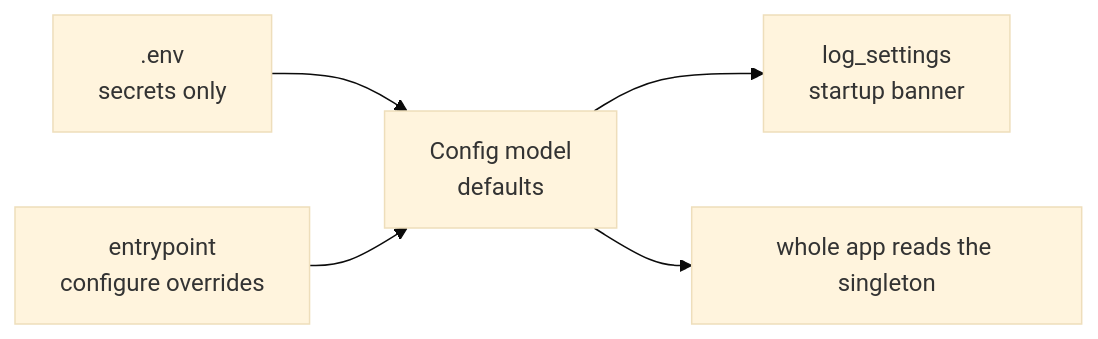
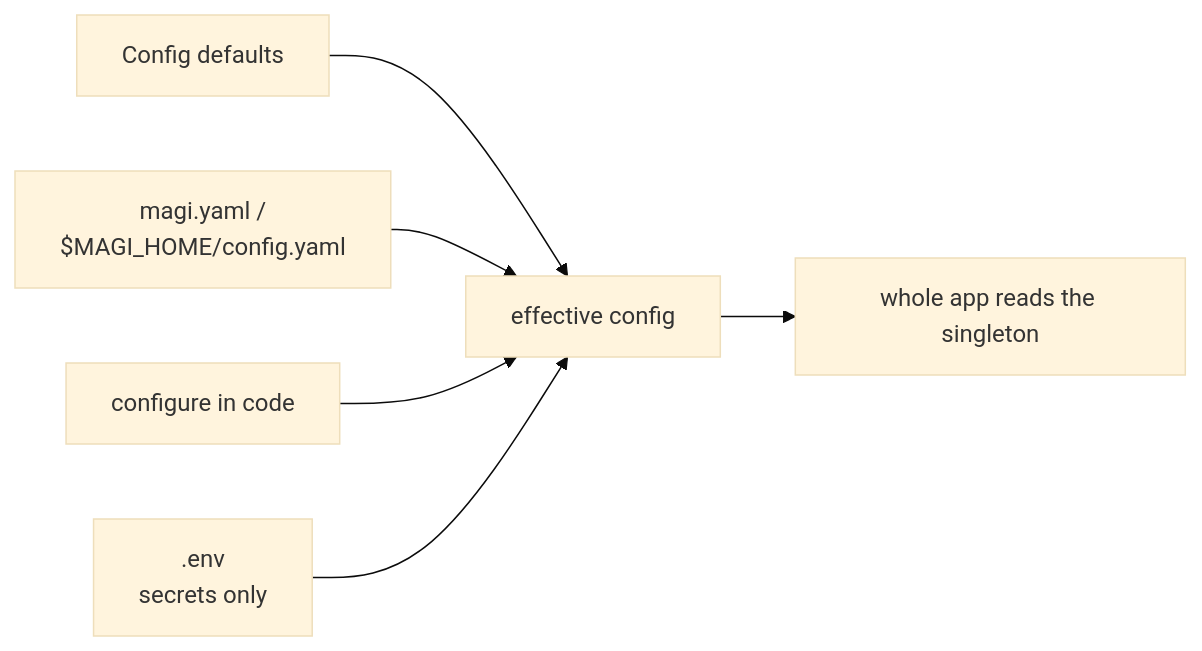
One commit to carneirofc/magi-ai-assistant changed the diagram in docs/configuration.md. Above: the diagram before and after it, drawn with Mermaid (base theme). The commit also changed other lines of this file and 23 other files, not shown here.

First line of the commit message:
feat(cli): add typed config file and the magi command

````diff
--- a/docs/configuration.md
+++ b/docs/configuration.md
@@ -13,7 +12,8 @@
 ```mermaid
 flowchart LR
-    ENV[.env<br/>secrets only] --> CFG[Config model<br/>defaults]
-    ENT[entrypoint<br/>configure overrides] --> CFG
-    CFG --> BANNER[log_settings<br/>startup banner]
+    DEF[Config defaults] --> CFG[effective config]
+    FILE[magi.yaml /<br/>$MAGI_HOME/config.yaml] --> CFG
+    CODE[configure in code] --> CFG
+    ENV[.env<br/>secrets only] --> CFG
     CFG --> APP[whole app reads the singleton]
 ```
````
